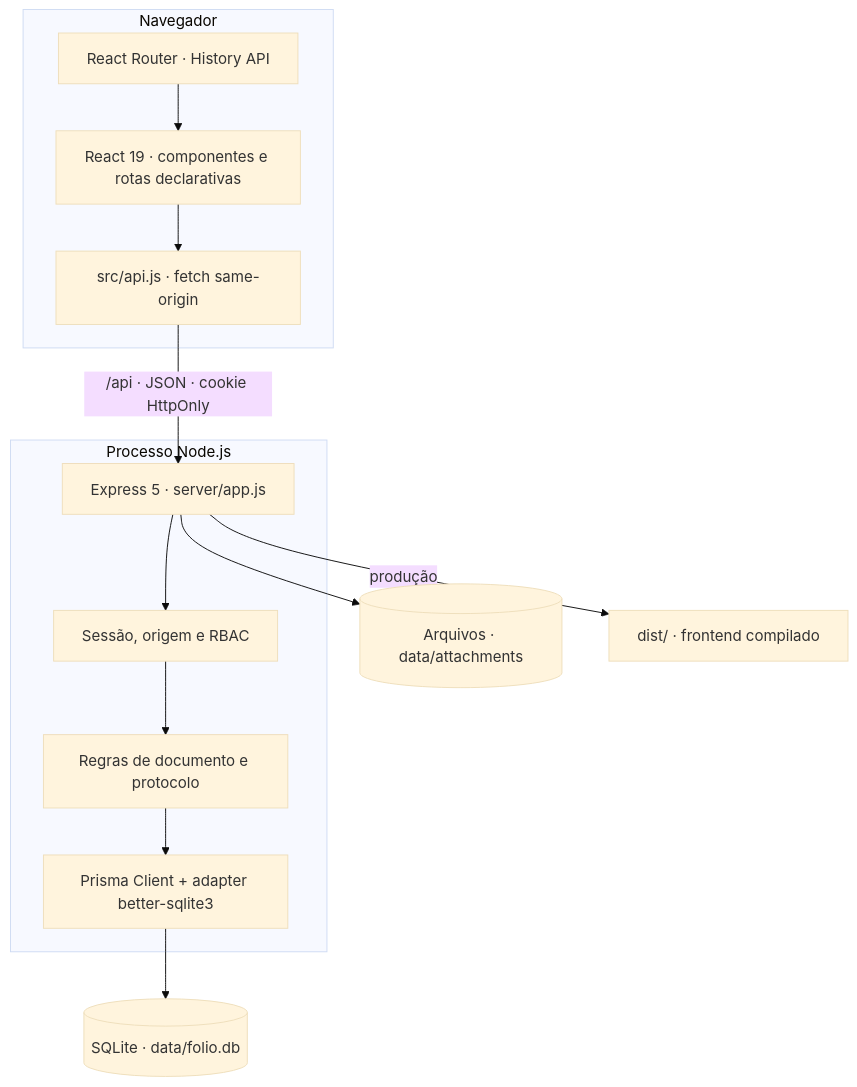
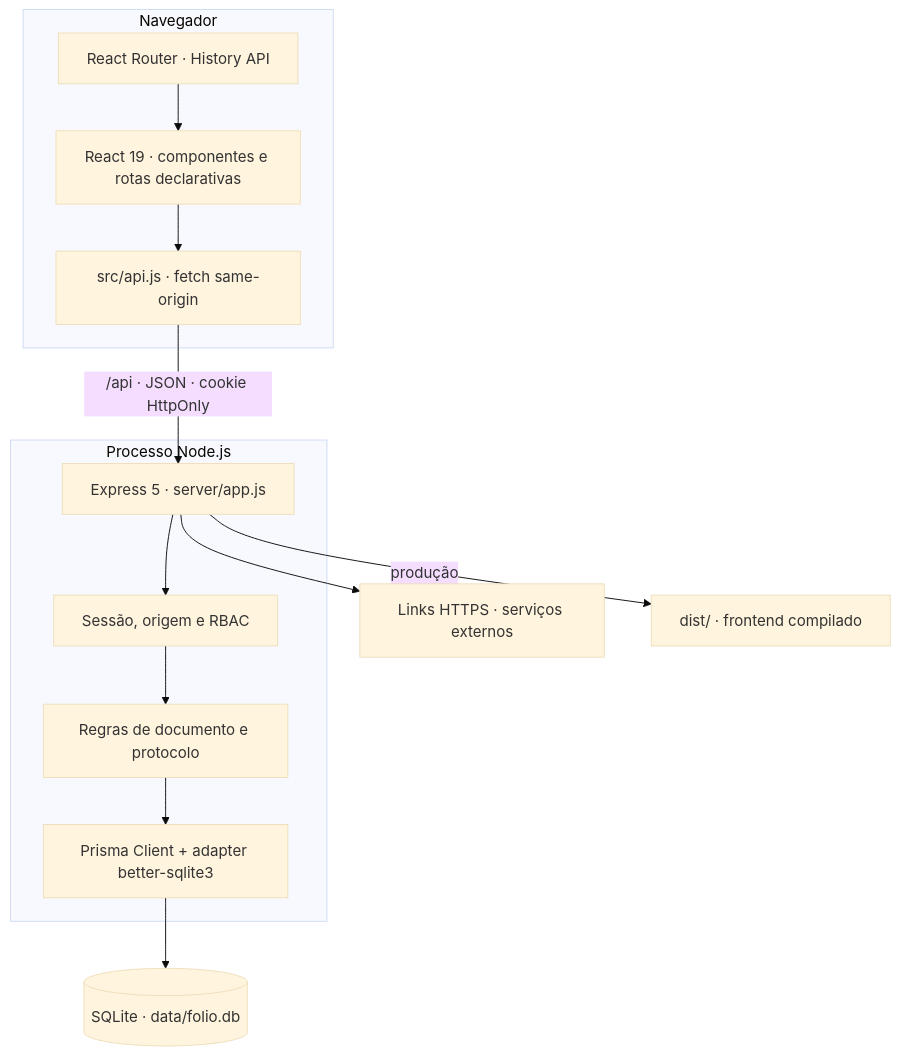
One commit to TersanPlay/solid-memory changed the first of 3 diagrams in docs/architecture.md. Above: the diagram before and after it, drawn with Mermaid (base theme). The commit also changed other lines of this file and 7 other files, not shown here.

Commit message:
docs: align documentation with external links workflow

````diff
--- a/docs/architecture.md
+++ b/docs/architecture.md
@@ -5,20 +5,20 @@
 ```mermaid
 flowchart TB
     subgraph Browser["Navegador"]
       UI["React 19 · componentes e rotas declarativas"]
       Router["React Router · History API"]
       HTTP["src/api.js · fetch same-origin"]
       Router --> UI --> HTTP
     end
     subgraph Node["Processo Node.js"]
       Express["Express 5 · server/app.js"]
       Auth["Sessão, origem e RBAC"]
       Services["Regras de documento e protocolo"]
       Prisma["Prisma Client + adapter better-sqlite3"]
       Express --> Auth --> Services --> Prisma
     end
     HTTP -->|"/api · JSON · cookie HttpOnly"| Express
     Prisma --> SQLite[("SQLite · data/folio.db")]
-    Express --> Attachments[("Arquivos · data/attachments")]
+    Express --> External["Links HTTPS · serviços externos"]
     Express -->|"produção"| Dist["dist/ · frontend compilado"]
 ```
````
